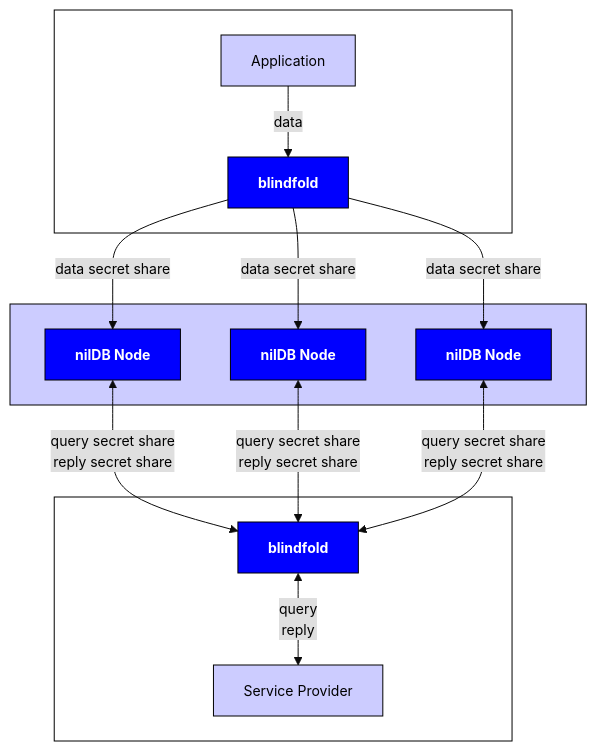
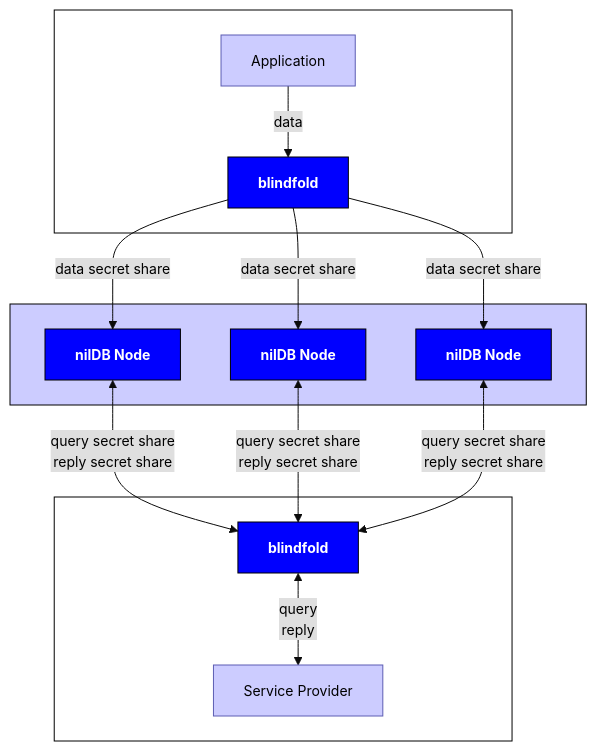
One commit to NillionNetwork/nillion-docs changed the first of 2 diagrams in docs/learn/blind-modules.md. Above: the diagram before and after it, drawn with Mermaid. The commit also changed other lines of this file and 2 other files, not shown here.

Commit message:
docs: sync styles/text/links on architecture/modules pages

````diff
--- a/docs/learn/blind-modules.md
+++ b/docs/learn/blind-modules.md
@@ -9,51 +9,51 @@
 ```mermaid
 %%{
     init: {
         'theme': 'base',
         'themeVariables': {
             'fontSize': '14px',
             'primaryTextColor': '#000000',
             'primaryBorderColor': '#000000',
             'secondaryBorderColor': '#000000',
             'tertiaryBorderColor': '#000000',
             'edgeLabelBackground': '#DFDFDF'
         }
     }
 }%%
 graph TD
 
     subgraph CLIENT [" "]
-        A
-        BLINDFOLD_CLIENT
+        CLIENT_APPLICATION
+        CLIENT_BLINDFOLD
     end
     style CLIENT fill:#FFFFFF,stroke:#000000
-    style A fill:#CCCCFF,stroke:#000000
-    style BLINDFOLD_CLIENT fill:#0000FF,color:#FFFFFF
+    style CLIENT_APPLICATION fill:#CCCCFF,stroke:#5C5DB3
+    style CLIENT_BLINDFOLD fill:#0000FF,stroke:#000000,color:#FFFFFF
 
-    subgraph NET [" "]
-        X
-        Y
-        Z
+    subgraph NODES [" "]
+        NODE_X
+        NODE_Y
+        NODE_Z
     end
-    style NET fill:#CCCCFF,stroke:#000000
-    style X fill:#0000FF,color:#FFFFFF
-    style Y fill:#0000FF,color:#FFFFFF
-    style Z fill:#0000FF,color:#FFFFFF
+    style NODES fill:#CCCCFF,stroke:#000000
+    style NODE_X fill:#0000FF,stroke:#000000,color:#FFFFFF
+    style NODE_Y fill:#0000FF,stroke:#000000,color:#FFFFFF
+    style NODE_Z fill:#0000FF,stroke:#000000,color:#FFFFFF
 
     subgraph SERVICE [" "]
         BLINDFOLD_SERVICE
-        R
+        SERVICE_PROVIDER
     end
     style SERVICE fill:#FFFFFF,stroke:#000000
-    style BLINDFOLD_SERVICE fill:#0000FF,color:#FFFFFF
-    style R fill:#CCCCFF,stroke:#000000
+    style BLINDFOLD_SERVICE fill:#0000FF,stroke:#000000,color:#FFFFFF
+    style SERVICE_PROVIDER fill:#CCCCFF,stroke:#5C5DB3
 
-    A[Application] -->|data| BLINDFOLD_CLIENT[<b>blindfold</b>]
-    BLINDFOLD_CLIENT -->|data secret share| X[<b>nilDB Node</b>]
-    BLINDFOLD_CLIENT -->|data secret share| Y[<b>nilDB Node</b>]
-    BLINDFOLD_CLIENT -->|data secret share| Z[<b>nilDB Node</b>]
-    X <-->|query secret share<br/>reply secret share| BLINDFOLD_SERVICE[<b>blindfold</b>]
-    Y <-->|query secret share<br/>reply secret share| BLINDFOLD_SERVICE
-    Z <-->|query secret share<br/>reply secret share| BLINDFOLD_SERVICE
-    BLINDFOLD_SERVICE <-->|query<br/>reply| R[Service Provider]
+    CLIENT_APPLICATION[Application] -->|data| CLIENT_BLINDFOLD[<b>blindfold</b>]
+    CLIENT_BLINDFOLD -->|data secret share| NODE_X[<b>nilDB Node</b>]
+    CLIENT_BLINDFOLD -->|data secret share| NODE_Y[<b>nilDB Node</b>]
+    CLIENT_BLINDFOLD -->|data secret share| NODE_Z[<b>nilDB Node</b>]
+    NODE_X <-->|query secret share<br/>reply secret share| BLINDFOLD_SERVICE[<b>blindfold</b>]
+    NODE_Y <-->|query secret share<br/>reply secret share| BLINDFOLD_SERVICE
+    NODE_Z <-->|query secret share<br/>reply secret share| BLINDFOLD_SERVICE
+    BLINDFOLD_SERVICE <-->|query<br/>reply| SERVICE_PROVIDER[Service Provider]
 ```
````
